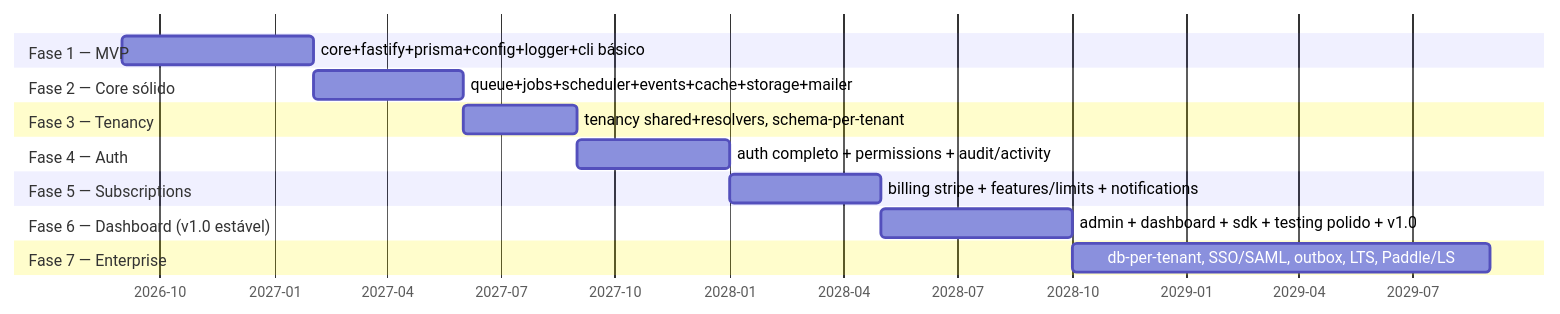
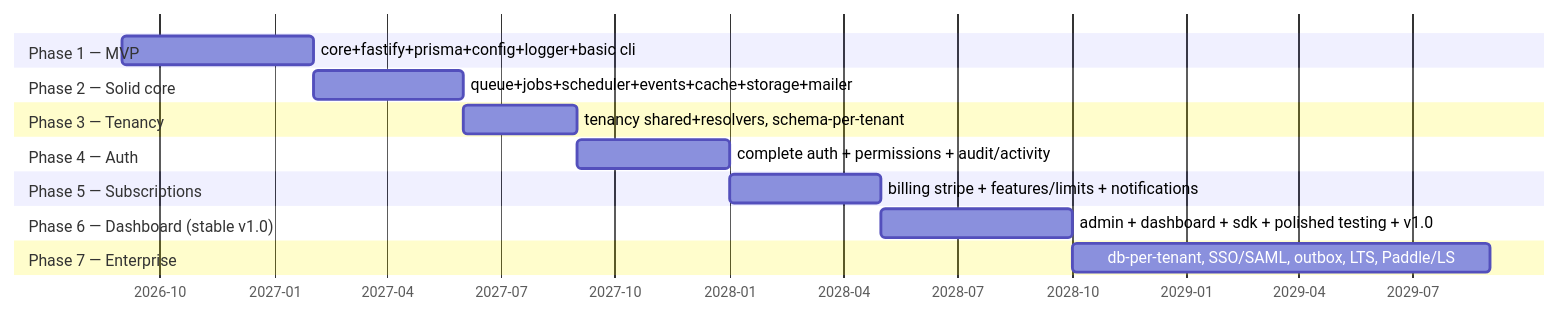
Before and after one commit to basaltkit/basalt: the fourth of 4 diagrams in ARCHITECTURE.md, drawn with Mermaid. The commit also changed other lines of this file, not shown here.

First line of the commit message:
docs: translate ARCHITECTURE.md to English and drop Laravel framing

````diff
--- a/ARCHITECTURE.md
+++ b/ARCHITECTURE.md
@@ -748,19 +748,19 @@
 ```mermaid
 gantt
     dateFormat YYYY-MM
     axisFormat %Y-%m
-    section Fase 1 — MVP
-    core+fastify+prisma+config+logger+cli básico      :2026-09, 5M
-    section Fase 2 — Core sólido
+    section Phase 1 — MVP
+    core+fastify+prisma+config+logger+basic cli       :2026-09, 5M
+    section Phase 2 — Solid core
     queue+jobs+scheduler+events+cache+storage+mailer  :2027-02, 4M
-    section Fase 3 — Tenancy
+    section Phase 3 — Tenancy
     tenancy shared+resolvers, schema-per-tenant       :2027-06, 3M
-    section Fase 4 — Auth
-    auth completo + permissions + audit/activity      :2027-09, 4M
-    section Fase 5 — Subscriptions
+    section Phase 4 — Auth
+    complete auth + permissions + audit/activity      :2027-09, 4M
+    section Phase 5 — Subscriptions
     billing stripe + features/limits + notifications  :2028-01, 4M
-    section Fase 6 — Dashboard (v1.0 estável)
-    admin + dashboard + sdk + testing polido + v1.0   :2028-05, 5M
-    section Fase 7 — Enterprise
+    section Phase 6 — Dashboard (stable v1.0)
+    admin + dashboard + sdk + polished testing + v1.0 :2028-05, 5M
+    section Phase 7 — Enterprise
     db-per-tenant, SSO/SAML, outbox, LTS, Paddle/LS   :2028-10, 11M
 ```
````
